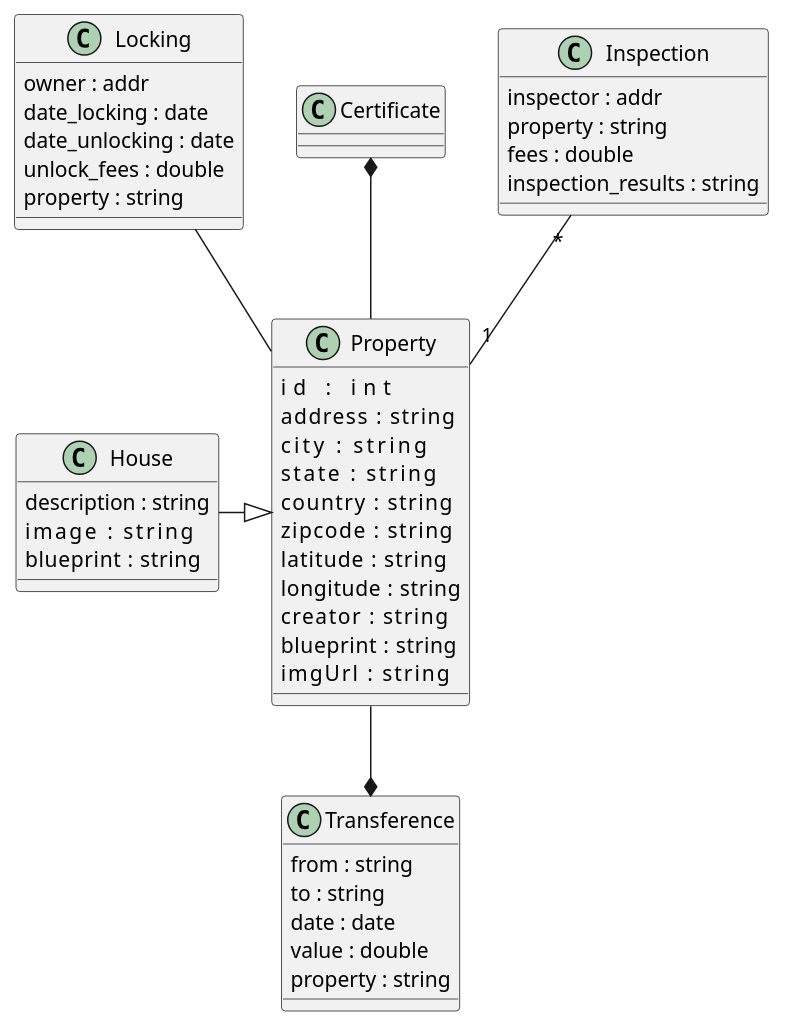
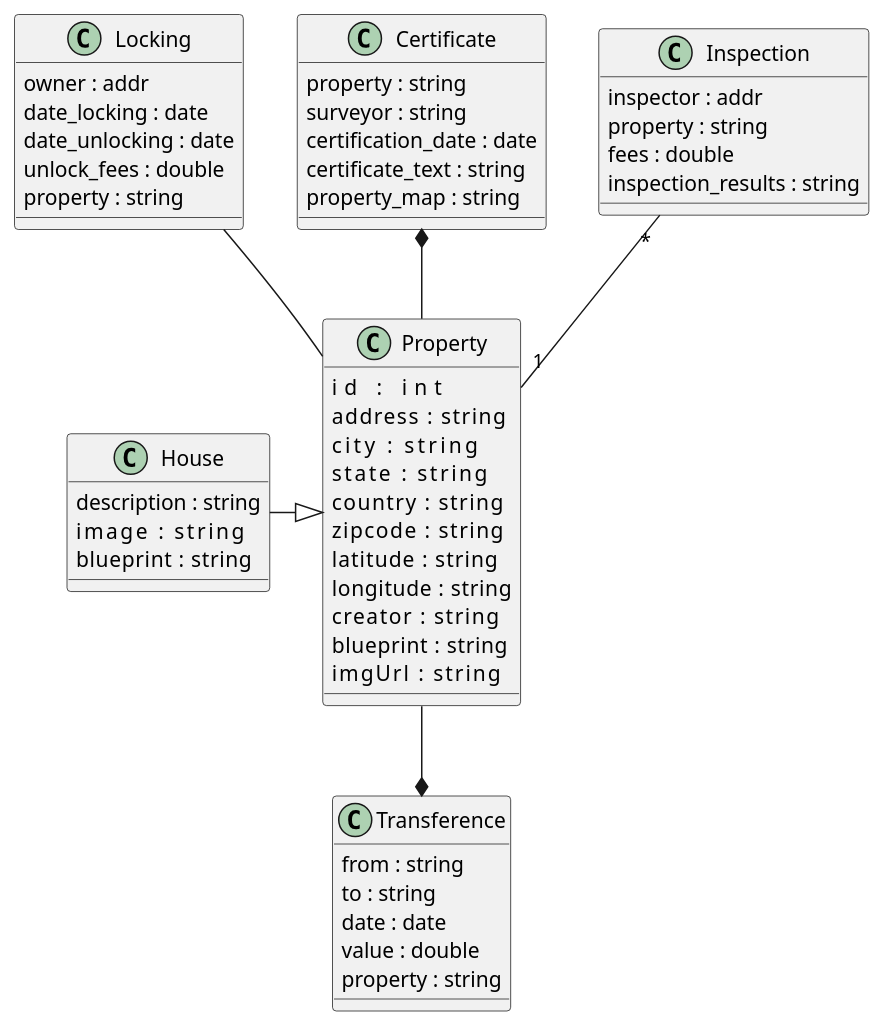
Before and after one commit to rafaelsousa/realestate: the diagram in docs/domain.puml, drawn with PlantUML. The commit also changed 721 other files, not shown here.

```diff
--- a/docs/domain.puml
+++ b/docs/domain.puml
@@ -1,54 +1,62 @@
 @startuml
 'https://plantuml.com/class-diagram
 
 Property --* Transference
 House -|> Property
 Locking -- Property
 Certificate *-- Property
 Inspection "*" -- "1" Property
+
+class Certificate {
+    property : string
+    surveyor : string
+    certification_date : date
+    certificate_text : string
+    property_map : string
+}
 
 class Locking{
     owner : addr
     date_locking : date
     date_unlocking : date
     unlock_fees : double
     property : string
 }
 
 class Inspection {
     inspector : addr
     property : string
     fees : double
     inspection_results : string
 }
 
 class Property {
     id          : int
     address     : string
     city        : string
     state       : string
     country     : string
     zipcode     : string
     latitude    : string
     longitude   : string
     creator     : string
     blueprint   : string
     imgUrl      : string
 }
 
 class Transference {
     from : string
     to : string
     date : date
     value : double
     property : string
 }
 
 class House {
     description : string
     image       : string
     blueprint   : string
 }
 
 
 @enduml
```
